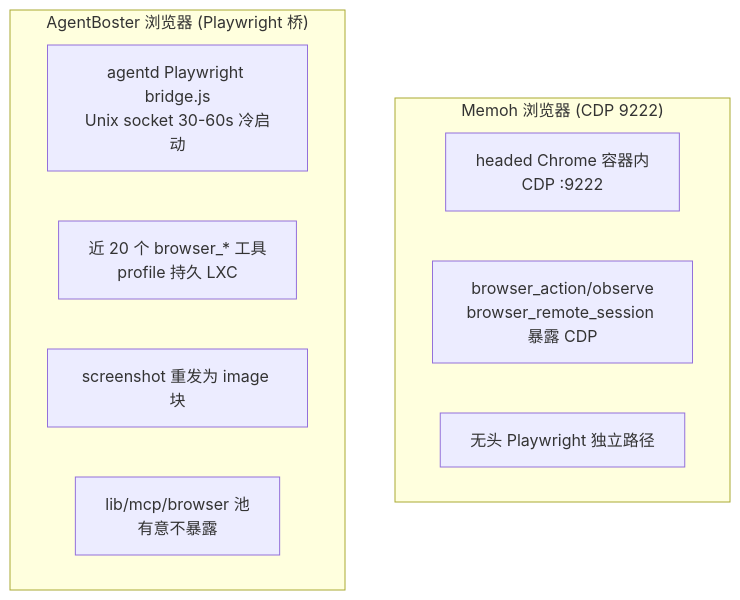
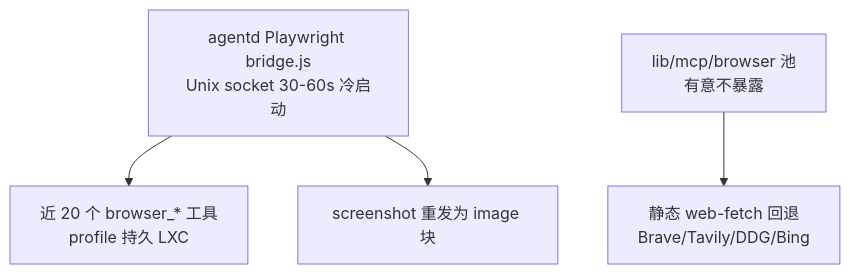
One commit to NekoSekaiMoe/agentboster changed diagram 16 of 32 in docs/memoh-vs-agentboster.md. Above: the diagram before and after it, drawn with Mermaid. The commit also changed other lines of this file, not shown here.

````diff
--- a/docs/memoh-vs-agentboster.md
+++ b/docs/memoh-vs-agentboster.md
@@ -189,14 +236,6 @@
 ```mermaid
 flowchart TB
-    subgraph Memoh["Memoh 浏览器 (CDP 9222)"]
-        MB["headed Chrome 容器内<br/>CDP :9222"]
-        BT["browser_action/observe<br/>browser_remote_session 暴露 CDP"]
-        HP["无头 Playwright 独立路径"]
-    end
-    subgraph AgentBoster["AgentBoster 浏览器 (Playwright 桥)"]
-        AB["agentd Playwright bridge.js<br/>Unix socket 30-60s 冷启动"]
-        AT["近 20 个 browser_* 工具<br/>profile 持久 LXC"]
-        AS["screenshot 重发为 image 块"]
-        AF["lib/mcp/browser 池<br/>有意不暴露"]
-    end
+    B1["agentd Playwright bridge.js<br/>Unix socket 30-60s 冷启动"] --> B2["近 20 个 browser_* 工具<br/>profile 持久 LXC"]
+    B1 --> B3["screenshot 重发为 image 块"]
+    B4["lib/mcp/browser 池<br/>有意不暴露"] --> B5["静态 web-fetch 回退<br/>Brave/Tavily/DDG/Bing"]
 ```
````
